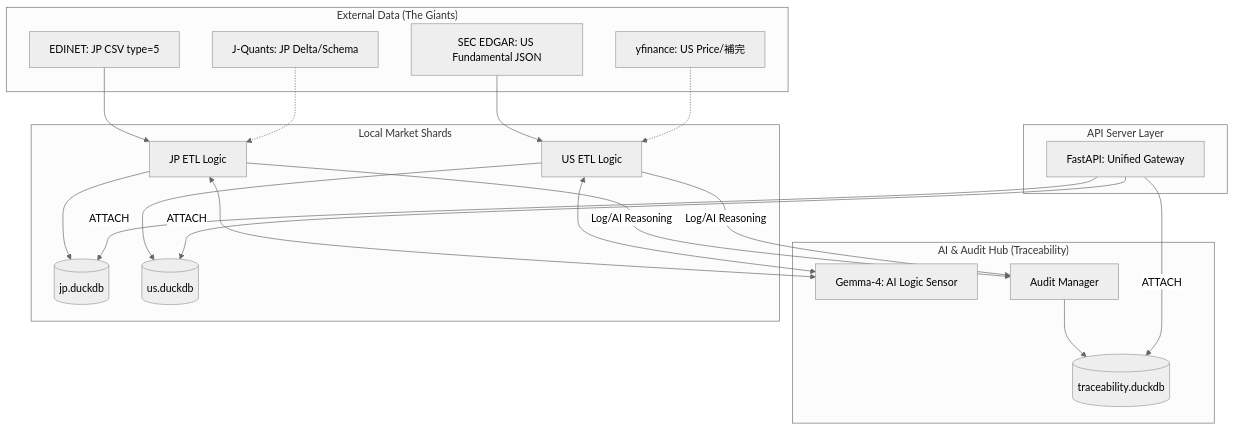
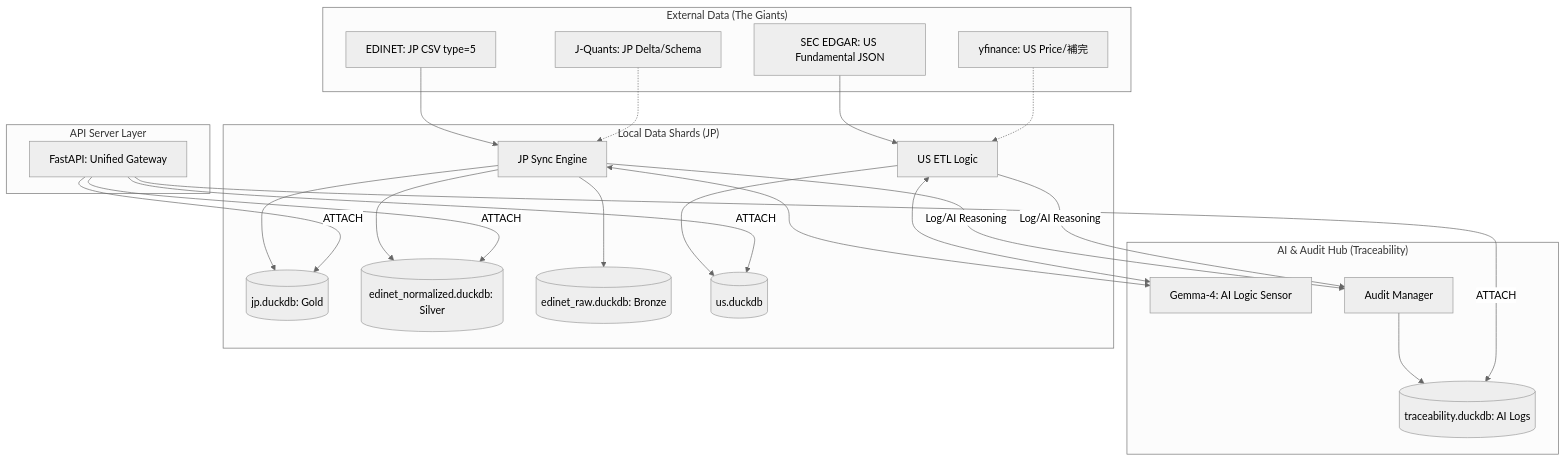
The diagram in services/Financial Figures/docs/概念的要件定義書.md (ayato-labs/ayato-finance-ecosystem), drawn with Mermaid (neutral theme) before and after one commit. The commit also changed other lines of this file and 6 other files, not shown here.

Commit message:
feat: implement parallel LLM worker pool and centralize system configuration and schemas

````diff
--- a/services/Financial Figures/docs/概念的要件定義書.md
+++ b/services/Financial Figures/docs/概念的要件定義書.md
@@ -209,45 +208,53 @@
 ```mermaid
 graph TD
     subgraph "External Data (The Giants)"
         ED[EDINET: JP CSV type=5]
         EG[SEC EDGAR: US Fundamental JSON]
         JQ[J-Quants: JP Delta/Schema]
         YF[yfinance: US Price/補完]
     end
 
     subgraph "AI & Audit Hub (Traceability)"
         LLM[Gemma-4: AI Logic Sensor]
         Audit[Audit Manager]
-        DB_Audit[(traceability.duckdb)]
+        DB_Audit[(traceability.duckdb: AI Logs)]
     end
 
-    subgraph "Local Market Shards"
-        JP_ETL[JP ETL Logic]
+    subgraph "Local Data Shards (JP)"
+        JP_ETL[JP Sync Engine]
         US_ETL[US ETL Logic]
-        DB_JP[(jp.duckdb)]
+        
+        DB_Gold[(jp.duckdb: Gold)]
+        DB_Silver[(edinet_normalized.duckdb: Silver)]
+        DB_Bronze[(edinet_raw.duckdb: Bronze)]
+        
         DB_US[(us.duckdb)]
     end
 
     ED --> JP_ETL
     EG --> US_ETL
     
     JP_ETL -- "Log/AI Reasoning" --> Audit
     US_ETL -- "Log/AI Reasoning" --> Audit
     Audit --> DB_Audit
     
     JP_ETL <--> LLM
     US_ETL <--> LLM
 
     JQ -.-> JP_ETL
     YF -.-> US_ETL
 
-    JP_ETL --> DB_JP
+    JP_ETL --> DB_Gold
+    JP_ETL --> DB_Silver
+    JP_ETL --> DB_Bronze
+    
     US_ETL --> DB_US
 
     subgraph "API Server Layer"
         FastAPI[FastAPI: Unified Gateway]
-        FastAPI -- "ATTACH" --> DB_JP
+        FastAPI -- "ATTACH" --> DB_Gold
+        FastAPI -- "ATTACH" --> DB_Silver
         FastAPI -- "ATTACH" --> DB_US
         FastAPI -- "ATTACH" --> DB_Audit
     end
 ```
````
